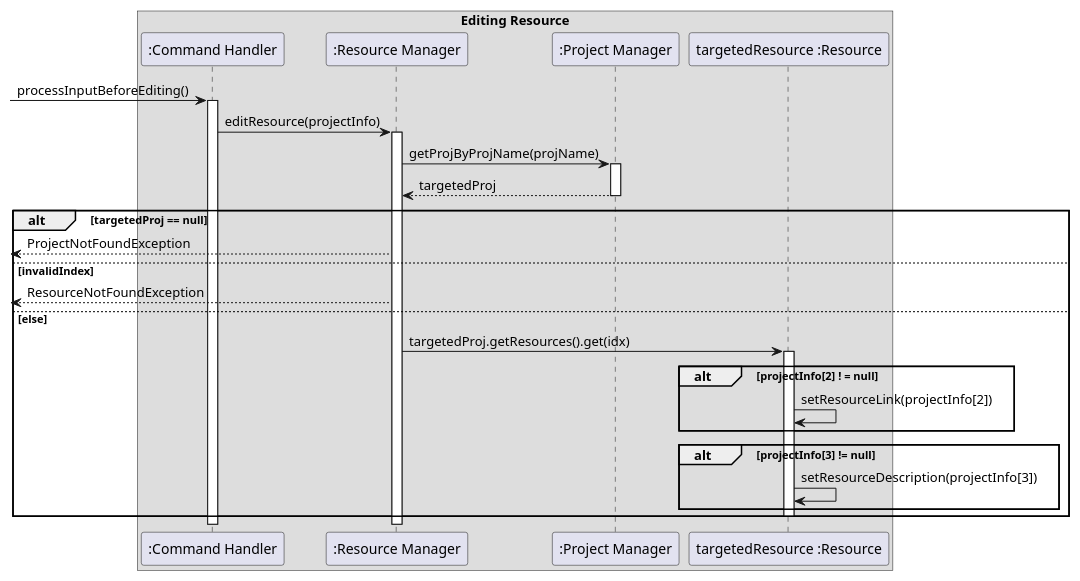
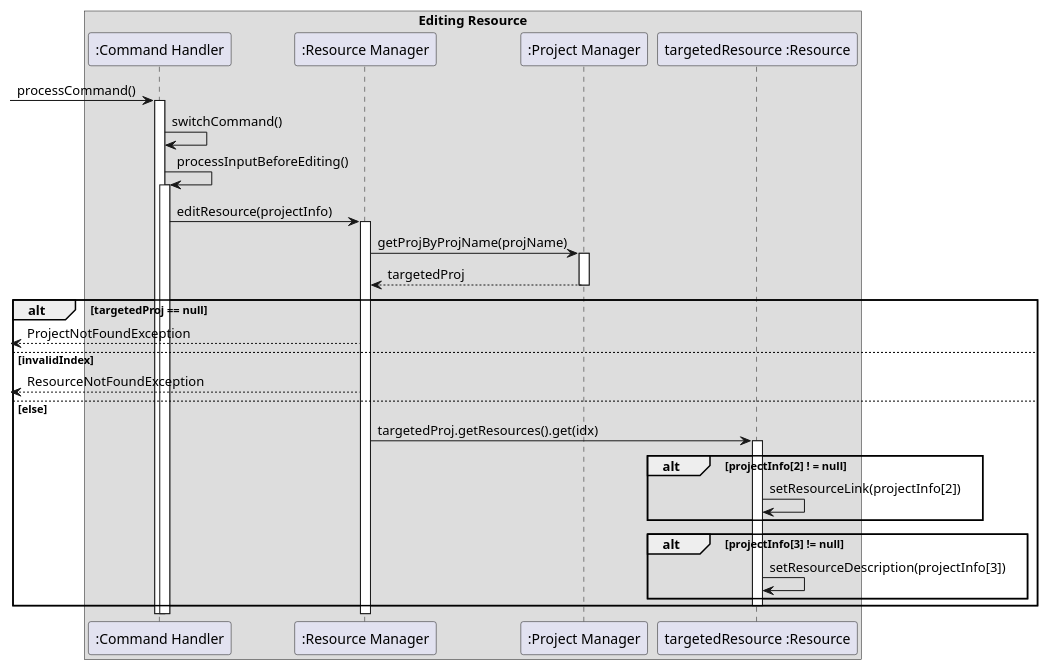
The diagram in docs/PlantUML/Edit.puml (s-t-e-f/tp), drawn with PlantUML before and after one commit. The commit also changed 3 other files, not shown here.

Commit message:
Edited sequence diagrams.

```diff
--- a/docs/PlantUML/Edit.puml
+++ b/docs/PlantUML/Edit.puml
@@ -1,42 +1,43 @@
 @startuml
 'https://plantuml.com/sequence-diagram
 
 box Editing Resource
 participant ":Command Handler" as CommandHandler
 participant ":Resource Manager" as ResourceManager
 participant ":Project Manager" as ProjectManager
 participant "targetedResource :Resource" as Resource
 
-
-[-> CommandHandler : processInputBeforeEditing()
+[-> CommandHandler : processCommand()
 activate CommandHandler
-
+CommandHandler -> CommandHandler : switchCommand()
+CommandHandler -> CommandHandler : processInputBeforeEditing()
+activate CommandHandler
 
 CommandHandler -> ResourceManager : editResource(projectInfo)
 activate ResourceManager
 ResourceManager -> ProjectManager : getProjByProjName(projName)
 activate ProjectManager
 ResourceManager <-- ProjectManager : targetedProj
 deactivate ProjectManager
 
 alt targetedProj == null
     [<-- ResourceManager : ProjectNotFoundException
 else invalidIndex
     [<-- ResourceManager : ResourceNotFoundException
 else else
     ResourceManager -> Resource : targetedProj.getResources().get(idx)
     activate Resource
     alt projectInfo[2] ! = null
         Resource -> Resource : setResourceLink(projectInfo[2])
         end
     alt projectInfo[3] != null
         Resource -> Resource : setResourceDescription(projectInfo[3])
         end
     deactivate Resource
 
 end
 
 
 
 
 @enduml
```
